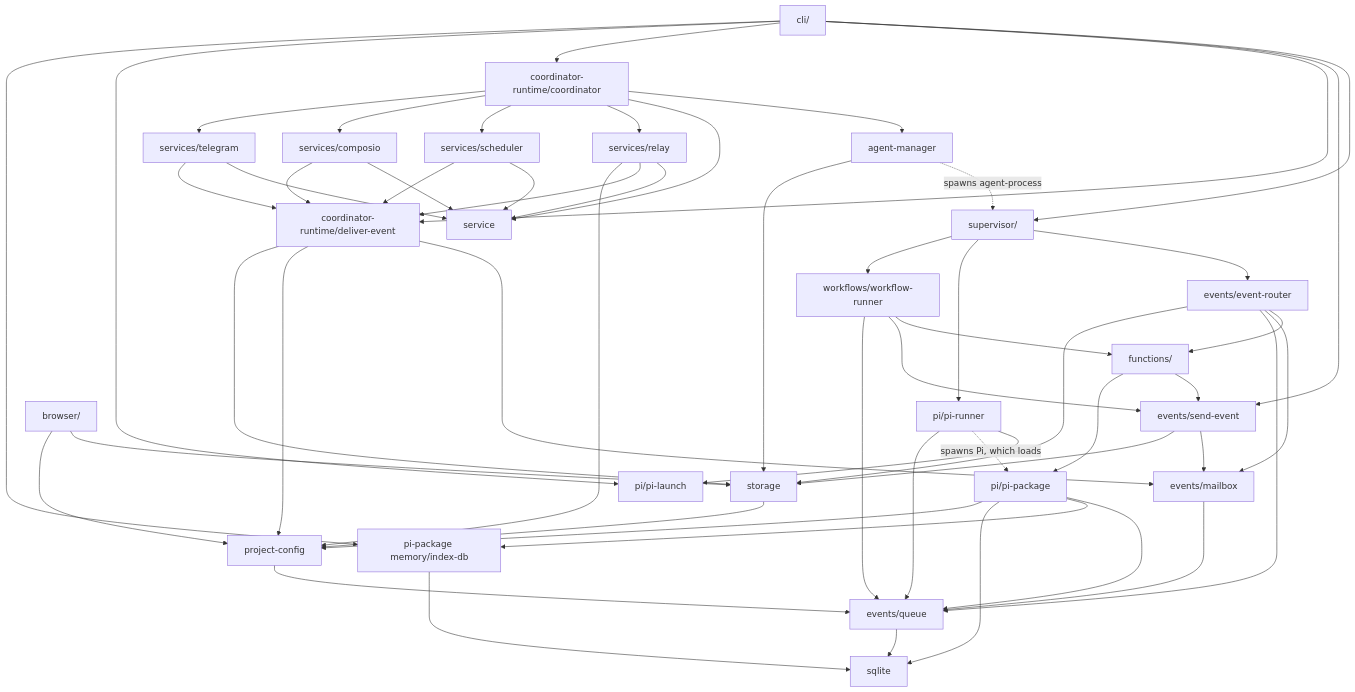
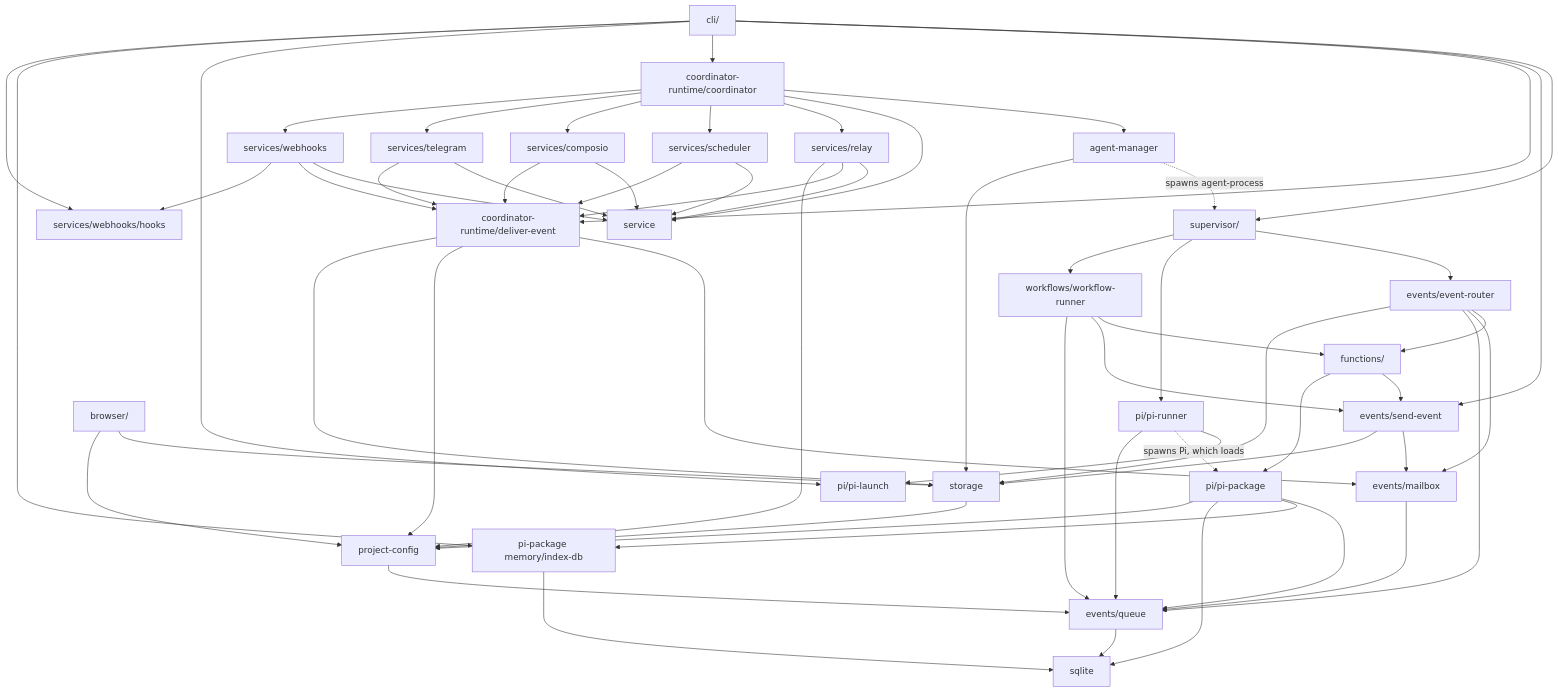
One commit to cognisphere-sh/agent-x changed the diagram in docs/high_level_design.md. Above: the diagram before and after it, drawn with Mermaid. The commit also changed other lines of this file and 39 other files, not shown here.

````diff
--- a/docs/high_level_design.md
+++ b/docs/high_level_design.md
@@ -45,23 +45,25 @@
 ```mermaid
 flowchart TD
   CLI["cli/"] --> SUP["supervisor/"] & SEND["events/send-event"] & DELIV["coordinator-runtime/deliver-event"] & COORD["coordinator-runtime/coordinator"] & LAUNCH["pi/pi-launch"] & MEMDB["pi-package memory/index-db"]
-  COORD --> MGR["agent-manager"] & SVC["service"] & DELY["services/relay"] & SCHED["services/scheduler"] & CMP["services/composio"] & TG["services/telegram"]
-  DELY & SCHED & CMP & TG --> SVC
-  DELY & SCHED & CMP & TG --> DELIV
+  CLI --> HOOKS["services/webhooks/hooks"]
+  COORD --> MGR["agent-manager"] & SVC["service"] & DELY["services/relay"] & SCHED["services/scheduler"] & CMP["services/composio"] & TG["services/telegram"] & WH["services/webhooks"]
+  DELY & SCHED & CMP & TG & WH --> SVC
+  DELY & SCHED & CMP & TG & WH --> DELIV
+  WH --> HOOKS
   BR["browser/"] --> ST & PC
   MGR -. "spawns agent-process" .-> SUP
   SUP --> ER["events/event-router"] & PR["pi/pi-runner"] & WR["workflows/workflow-runner"]
   ER & WR --> FN["functions/"]
   FN --> SEND & PKG
   WR --> SEND
   PR --> LAUNCH
   PR -. "spawns Pi, which loads" .-> PKG["pi/pi-package"]
   ER & DELIV & SEND --> MB["events/mailbox"]
   ER & WR & PR & PKG & MB --> Q["events/queue"]
   PKG --> MEMDB
   Q & PKG & MEMDB --> SQL["sqlite"]
   PKG --> PC["project-config"]
   DELIV & DELY --> PC
   ER & SEND & DELIV & MGR --> ST["storage"]
   ST --> PC --> Q
 ```
````
